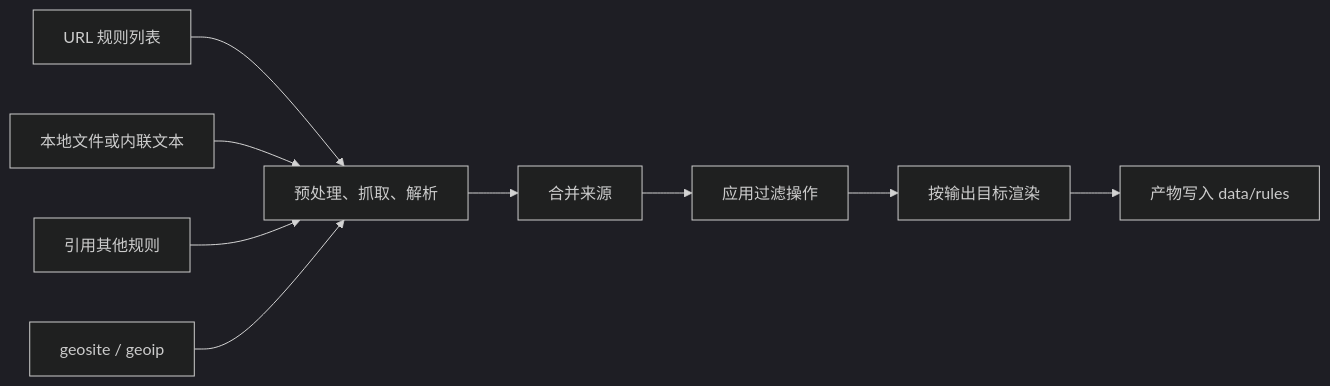
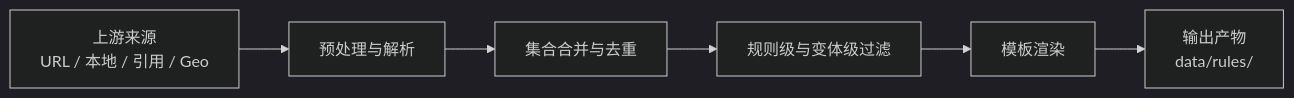
One commit to fl0w1nd/Proxy-Rule-Manager changed the diagram in README.md. Above: the diagram before and after it, drawn with Mermaid (dark theme). The commit also changed other lines of this file and 6 other files, not shown here.

````diff
--- a/README.md
+++ b/README.md
@@ -58,11 +31,8 @@
 ```mermaid
 flowchart LR
-    URL[URL 规则列表] --> PARSE
-    FILE[本地文件或内联文本] --> PARSE
-    REF[引用其他规则] --> PARSE
-    GEO[geosite / geoip] --> PARSE
-    PARSE[预处理、抓取、解析] --> MERGE[合并来源]
-    MERGE --> OPS[应用过滤操作]
-    OPS --> RENDER[按输出目标渲染]
-    RENDER --> OUT[产物写入 data/rules]
+    SRC[上游来源<br/>URL / 本地 / 引用 / Geo] --> PARSE[预处理与解析]
+    PARSE --> MERGE[集合合并与去重]
+    MERGE --> OPS[规则级与变体级过滤]
+    OPS --> RENDER[模板渲染]
+    RENDER --> OUT[输出产物<br/>data/rules/]
 ```
````
